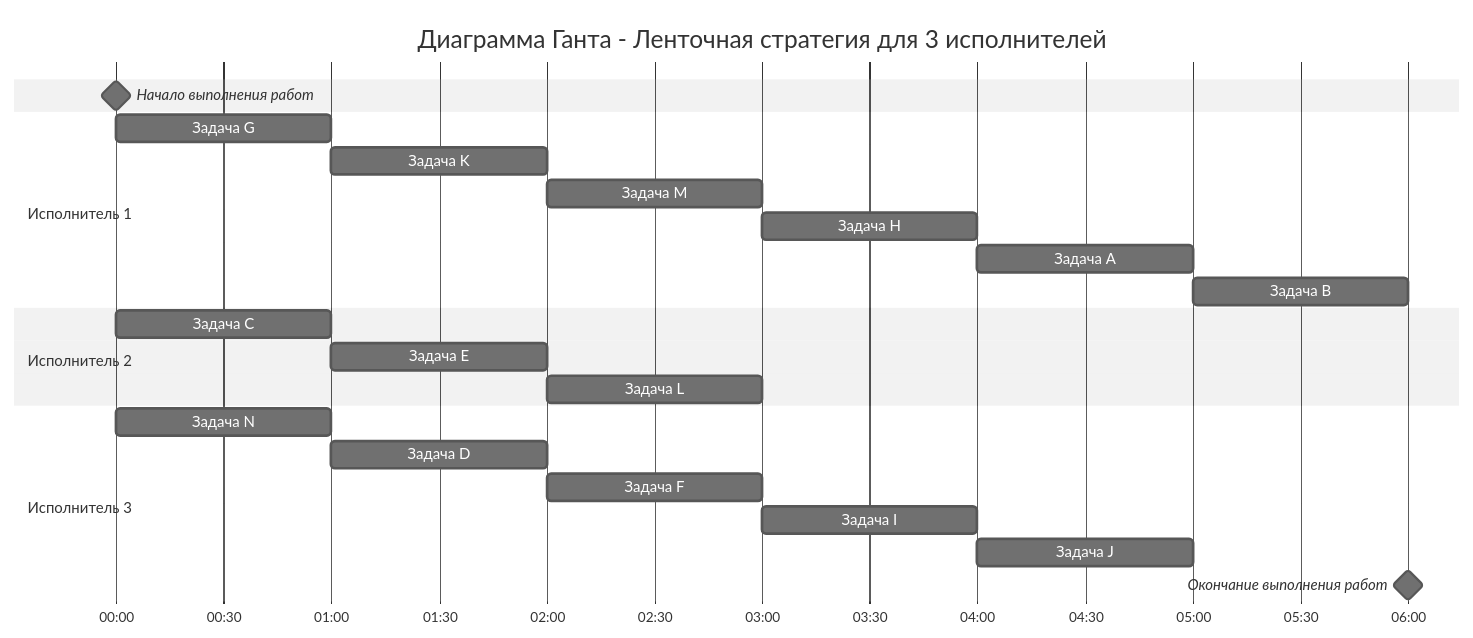
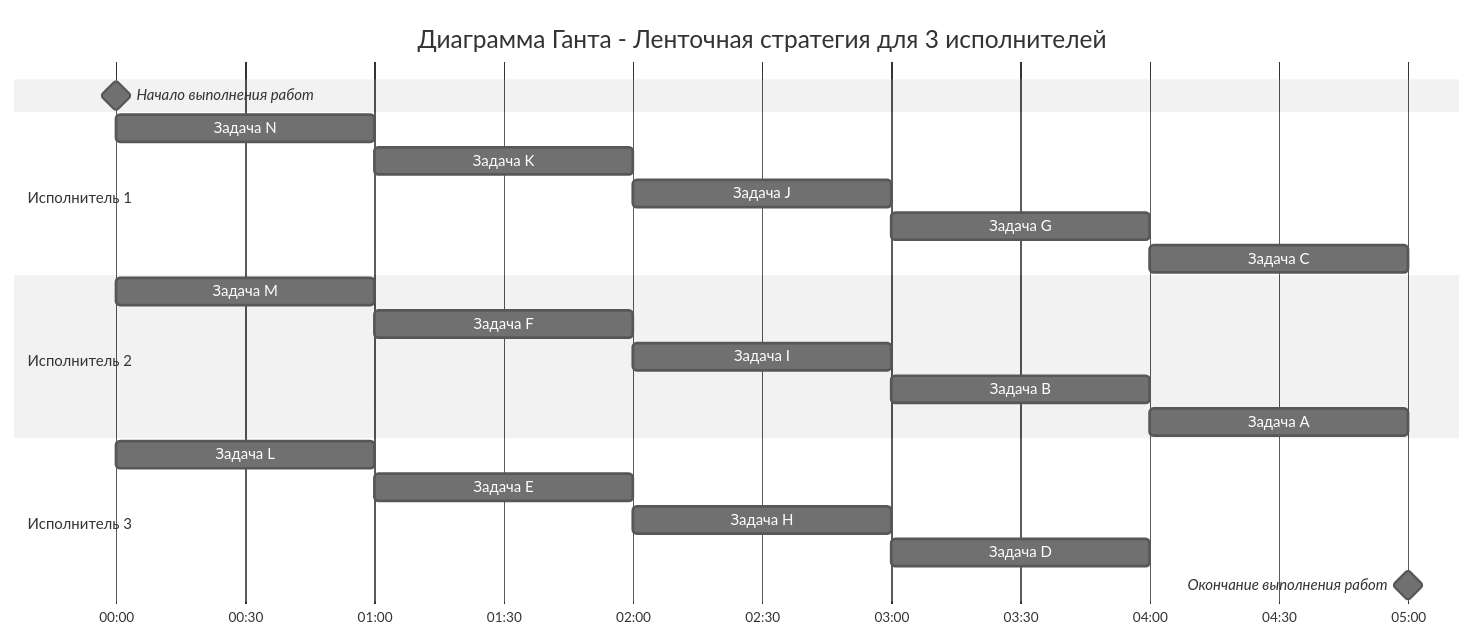
One commit to HSE-algo-23-owl/manual_tasks changed the third of 3 diagrams in task_9/TwoPizza_task_9.md. Above: the diagram before and after it, drawn with Mermaid (neutral theme). The commit also changed other lines of this file, not shown here.

````diff
--- a/task_9/TwoPizza_task_9.md
+++ b/task_9/TwoPizza_task_9.md
@@ -56,26 +54,26 @@
 ```mermaid
 gantt
     title Диаграмма Ганта - Ленточная стратегия для 3 исполнителей
     dateFormat  HH:mm    
     axisFormat %H:%M
     Начало выполнения работ : milestone, m1, 00:00, 0h
     section Исполнитель 1
-    Задача G            :a1, 00:00, 1h
+    Задача N            :a1, 00:00, 1h
     Задача K            :a1, 01:00, 1h
-    Задача M            :a1, 02:00, 1h
-    Задача H            :a1, 03:00, 1h
-    Задача A            :a1, 04:00, 1h
-    Задача B            :a1, 05:00, 1h
+    Задача J            :a1, 02:00, 1h
+    Задача G            :a1, 03:00, 1h
+    Задача C            :a1, 04:00, 1h
     section Исполнитель 2
-    Задача C            :b1, 00:00, 1h
-    Задача E            :b1, 01:00, 1h
-    Задача L            :b1, 02:00, 1h
+    Задача M            :b1, 00:00, 1h
+    Задача F            :b1, 01:00, 1h
+    Задача I            :b1, 02:00, 1h
+    Задача B            :b1, 03:00, 1h
+    Задача A            :b1, 04:00, 1h
     section Исполнитель 3
-    Задача N            :c1, 00:00, 1h
-    Задача D            :c1, 01:00, 1h
-    Задача F            :c1, 02:00, 1h
-    Задача I            :c1, 03:00, 1h
-    Задача J            :c1, 04:00, 1h
+    Задача L            :c1, 00:00, 1h
+    Задача E            :c1, 01:00, 1h
+    Задача H            :c1, 02:00, 1h
+    Задача D            :c1, 03:00, 1h
     
-    Окончание выполнения работ : milestone, m2, 06:00, 0h
+    Окончание выполнения работ : milestone, m2, 05:00, 0h
 ```
````
